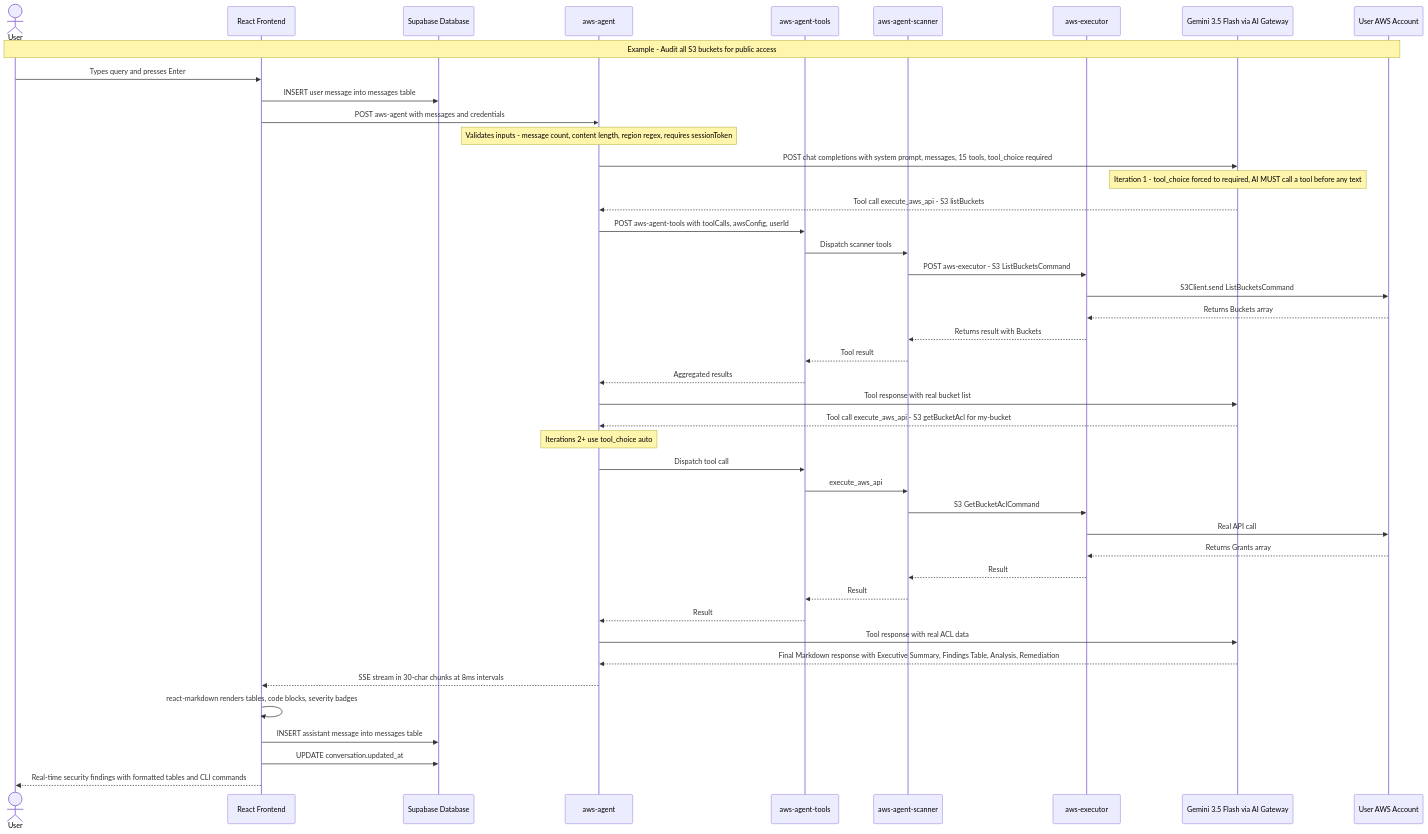
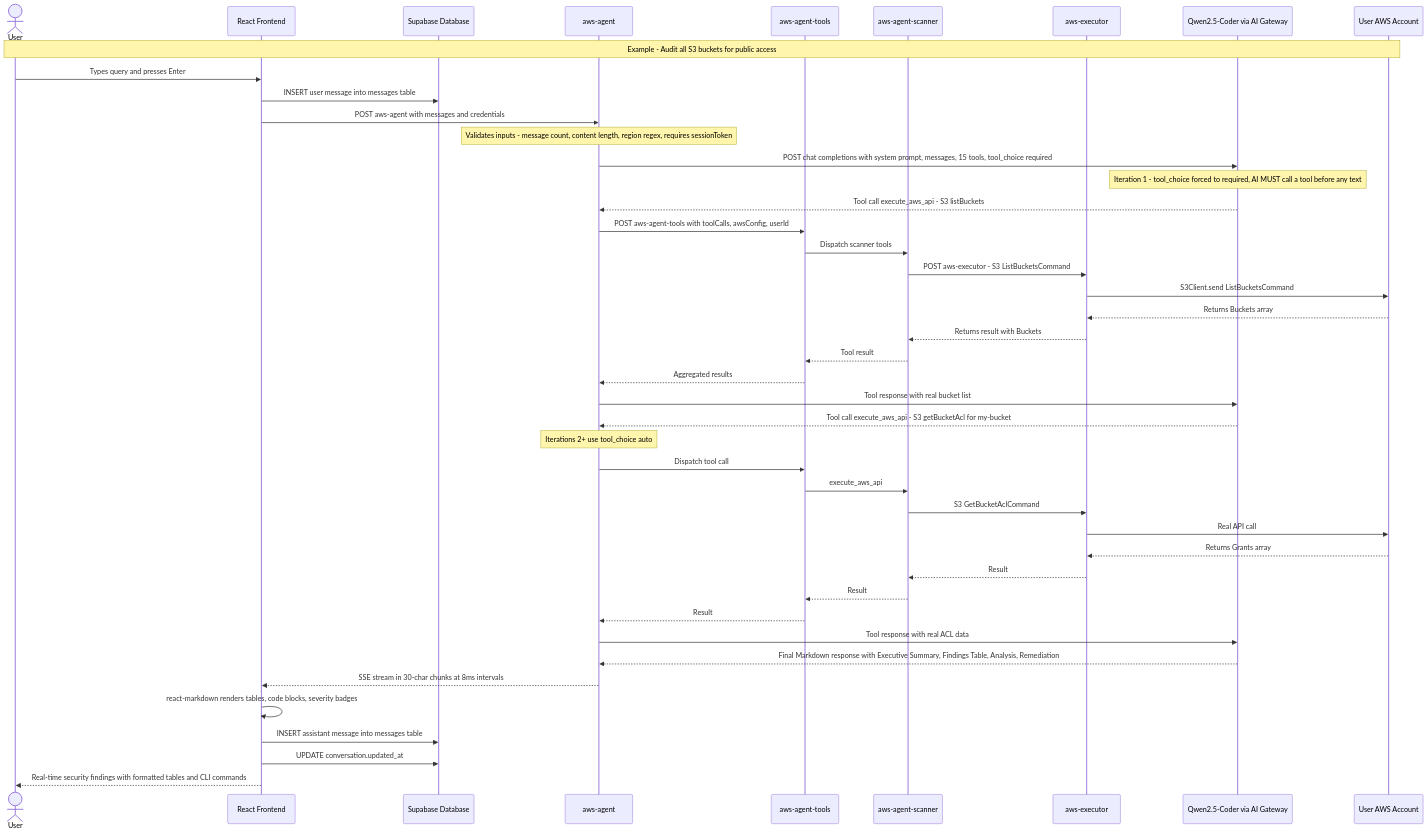
The second of 43 diagrams in TECHNICAL_DOCUMENTATION.md (ritvikindupuri/CloudPilot-AI---AWS-Security-Agent), drawn with Mermaid before and after one commit. The commit also changed other lines of this file, not shown here.

Commit message:
docs: replace remaining Gemini references in TECHNICAL_DOCUMENTATION.md with Qwen2.5-Coder and local Ollama API

````diff
--- a/TECHNICAL_DOCUMENTATION.md
+++ b/TECHNICAL_DOCUMENTATION.md
@@ -188,63 +188,63 @@
 ```mermaid
 sequenceDiagram
     actor User
     participant UI as React Frontend
     participant DB as Supabase Database
     participant EF as aws-agent
     participant Router as aws-agent-tools
     participant Scanner as aws-agent-scanner
     participant Executor as aws-executor
-    participant AI as Gemini 3.5 Flash via AI Gateway
+    participant AI as Qwen2.5-Coder via AI Gateway
     participant AWS as User AWS Account
 
     Note over User,AWS: Example - Audit all S3 buckets for public access
 
     User->>UI: Types query and presses Enter
     UI->>DB: INSERT user message into messages table
     UI->>EF: POST aws-agent with messages and credentials
 
     Note over EF: Validates inputs - message count, content length, region regex, requires sessionToken
 
     EF->>AI: POST chat completions with system prompt, messages, 15 tools, tool_choice required
 
     Note over AI: Iteration 1 - tool_choice forced to required, AI MUST call a tool before any text
 
     AI-->>EF: Tool call execute_aws_api - S3 listBuckets
 
     EF->>Router: POST aws-agent-tools with toolCalls, awsConfig, userId
     Router->>Scanner: Dispatch scanner tools
     Scanner->>Executor: POST aws-executor - S3 ListBucketsCommand
     Executor->>AWS: S3Client.send ListBucketsCommand
     AWS-->>Executor: Returns Buckets array
     Executor-->>Scanner: Returns result with Buckets
     Scanner-->>Router: Tool result
     Router-->>EF: Aggregated results
 
     EF->>AI: Tool response with real bucket list
 
     AI-->>EF: Tool call execute_aws_api - S3 getBucketAcl for my-bucket
 
     Note over EF: Iterations 2+ use tool_choice auto
 
     EF->>Router: Dispatch tool call
     Router->>Scanner: execute_aws_api
     Scanner->>Executor: S3 GetBucketAclCommand
     Executor->>AWS: Real API call
     AWS-->>Executor: Returns Grants array
     Executor-->>Scanner: Result
     Scanner-->>Router: Result
     Router-->>EF: Result
 
     EF->>AI: Tool response with real ACL data
 
     AI-->>EF: Final Markdown response with Executive Summary, Findings Table, Analysis, Remediation
 
     EF-->>UI: SSE stream in 30-char chunks at 8ms intervals
 
     UI->>UI: react-markdown renders tables, code blocks, severity badges
 
     UI->>DB: INSERT assistant message into messages table
     UI->>DB: UPDATE conversation.updated_at
 
     UI-->>User: Real-time security findings with formatted tables and CLI commands
 ```
````
